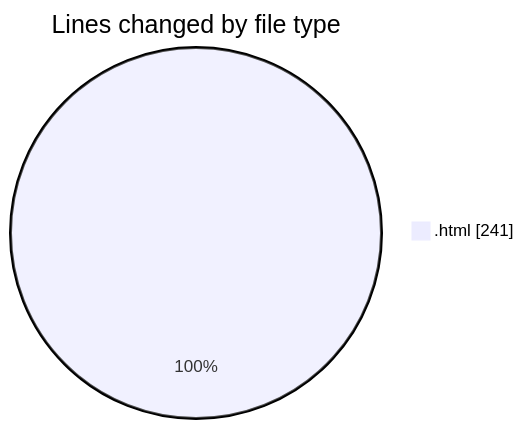
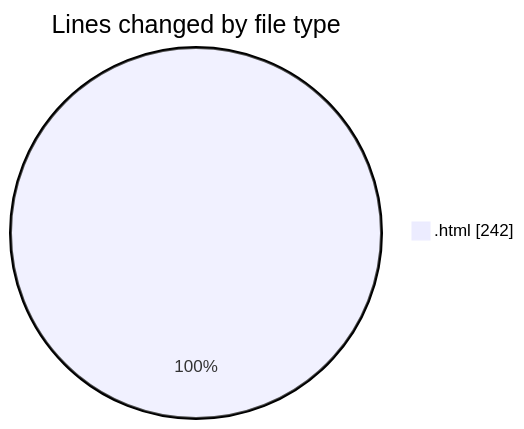
One commit to LanceThiago/code-tracking changed the first of 2 diagrams in 2025-04-30/enre_-_calculadora_de_consumo_v_2022_files/README.md. Above: the diagram before and after it, drawn with Mermaid. The commit also changed other lines of this file and 1 other file, not shown here.

````diff
--- a/2025-04-30/enre_-_calculadora_de_consumo_v_2022_files/README.md
+++ b/2025-04-30/enre_-_calculadora_de_consumo_v_2022_files/README.md
@@ -20,5 +20,5 @@
 ```mermaid
 pie showData
 title Lines changed by file type
-".html" : 241
+".html" : 242
 ```
````
